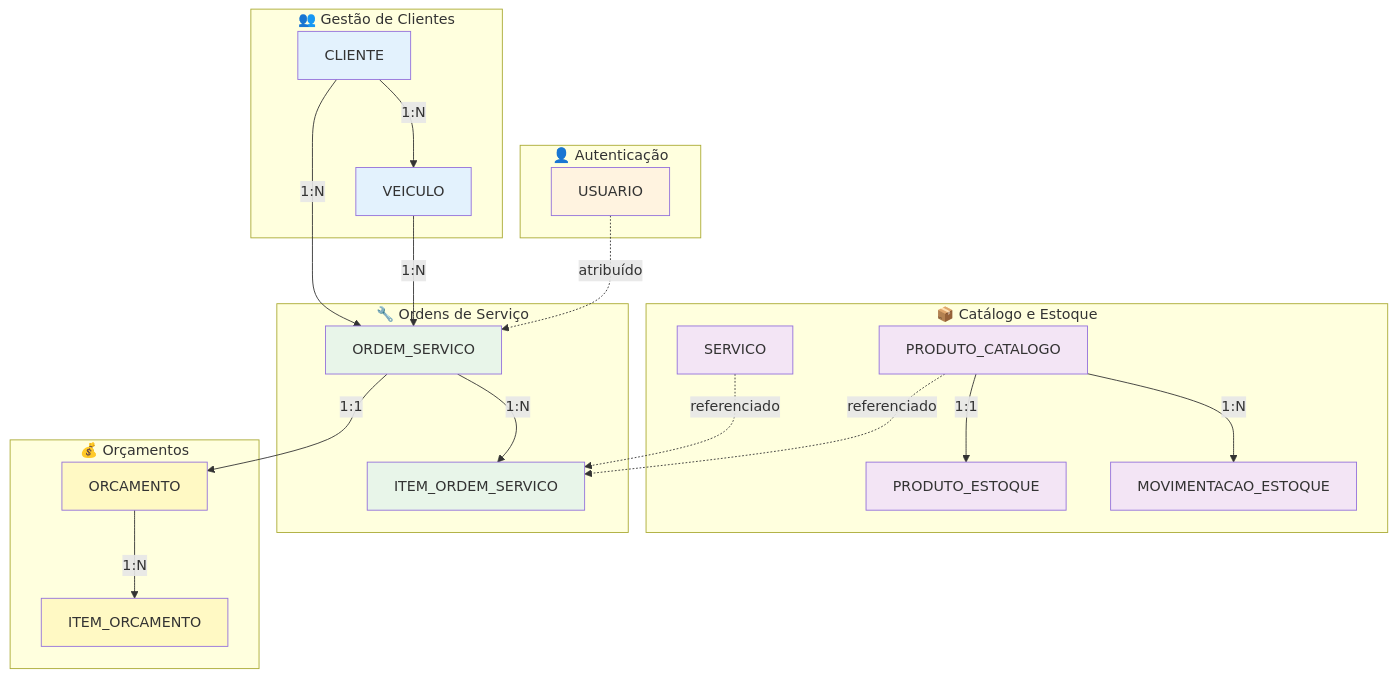
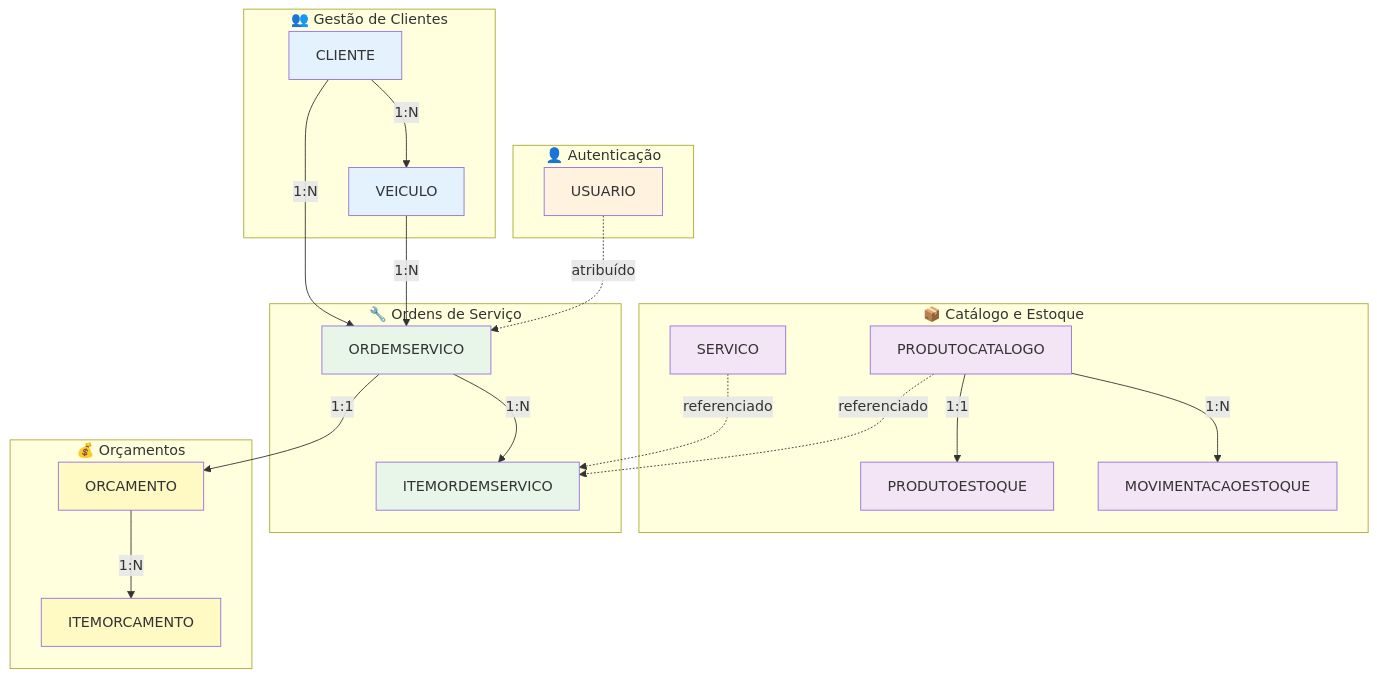
Before and after one commit to fiap-soat-grupo36/infra-database: the eighth of 8 diagrams in docs/diagramas/er-completo.md, drawn with Mermaid. The commit also changed other lines of this file, not shown here.

Commit message:
fix: corrige diagramas ER para compatibilidade com GitHub Mermaid (remove underscores dos nomes)

````diff
--- a/docs/diagramas/er-completo.md
+++ b/docs/diagramas/er-completo.md
@@ -470,52 +450,52 @@
 ```mermaid
 graph TB
-    subgraph "👤 Autenticação"
+    subgraph Auth[👤 Autenticação]
         USUARIO[USUARIO]
     end
 
-    subgraph "👥 Gestão de Clientes"
+    subgraph Customer[👥 Gestão de Clientes]
         CLIENTE[CLIENTE]
         VEICULO[VEICULO]
     end
 
-    subgraph "📦 Catálogo e Estoque"
+    subgraph Catalog[📦 Catálogo e Estoque]
         SERVICO[SERVICO]
-        PRODUTO[PRODUTO_CATALOGO]
-        ESTOQUE[PRODUTO_ESTOQUE]
-        MOVIMENTACAO[MOVIMENTACAO_ESTOQUE]
+        PRODUTO[PRODUTOCATALOGO]
+        ESTOQUE[PRODUTOESTOQUE]
+        MOVIMENTACAO[MOVIMENTACAOESTOQUE]
     end
 
-    subgraph "🔧 Ordens de Serviço"
-        OS[ORDEM_SERVICO]
-        ITEM_OS[ITEM_ORDEM_SERVICO]
+    subgraph WorkOrder[🔧 Ordens de Serviço]
+        OS[ORDEMSERVICO]
+        ITEM_OS[ITEMORDEMSERVICO]
     end
 
-    subgraph "💰 Orçamentos"
+    subgraph Budget[💰 Orçamentos]
         ORCAMENTO[ORCAMENTO]
-        ITEM_ORC[ITEM_ORCAMENTO]
+        ITEM_ORC[ITEMORCAMENTO]
     end
 
     CLIENTE -->|1:N| VEICULO
     CLIENTE -->|1:N| OS
     VEICULO -->|1:N| OS
     USUARIO -.->|atribuído| OS
     OS -->|1:N| ITEM_OS
     OS -->|1:1| ORCAMENTO
     ORCAMENTO -->|1:N| ITEM_ORC
     SERVICO -.->|referenciado| ITEM_OS
     PRODUTO -->|1:1| ESTOQUE
     PRODUTO -.->|referenciado| ITEM_OS
     PRODUTO -->|1:N| MOVIMENTACAO
 
     style CLIENTE fill:#e3f2fd
     style VEICULO fill:#e3f2fd
     style USUARIO fill:#fff3e0
     style SERVICO fill:#f3e5f5
     style PRODUTO fill:#f3e5f5
     style ESTOQUE fill:#f3e5f5
     style MOVIMENTACAO fill:#f3e5f5
     style OS fill:#e8f5e9
     style ITEM_OS fill:#e8f5e9
     style ORCAMENTO fill:#fff9c4
     style ITEM_ORC fill:#fff9c4
 ```
````
